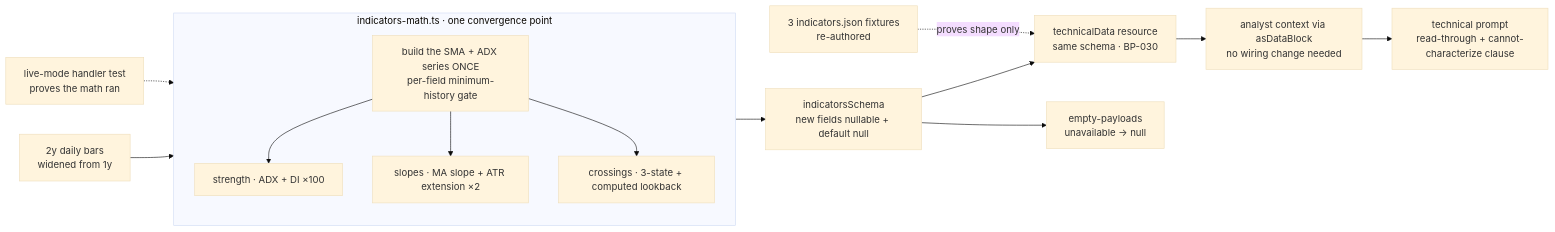
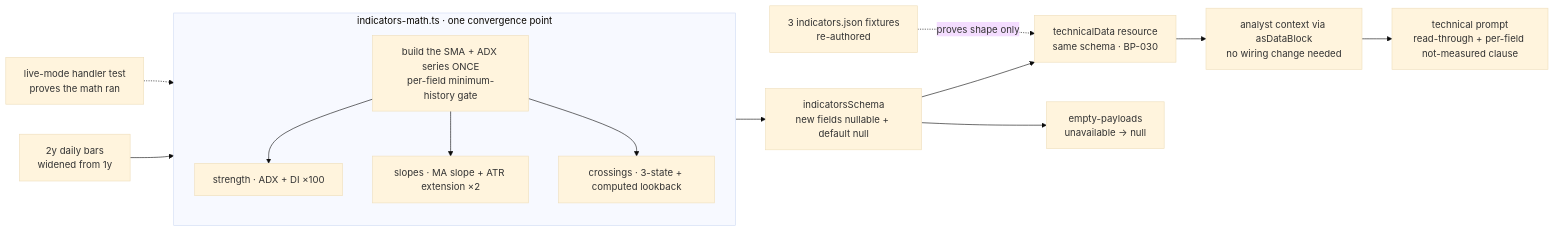
The diagram in spec/FIX-826.md (fixpoint-labs/flow-state-dev), drawn with Mermaid (base theme) before and after one commit. The commit also changed other lines of this file, not shown here.

````diff
--- a/spec/FIX-826.md
+++ b/spec/FIX-826.md
@@ -333,19 +379,19 @@
 ```mermaid
 flowchart LR
   BARS[2y daily bars<br/>widened from 1y] --> MATH
   subgraph MATH[indicators-math.ts · one convergence point]
     SER[build the SMA + ADX series ONCE<br/>per-field minimum-history gate]
     ADX[strength · ADX + DI ×100]
     SLOPE[slopes · MA slope + ATR extension ×2]
     XOVER[crossings · 3-state + computed lookback]
     SER --> ADX & SLOPE & XOVER
   end
   MATH --> SCHEMA[indicatorsSchema<br/>new fields nullable + default null]
   SCHEMA --> SPINE[technicalData resource<br/>same schema · BP-030]
   SCHEMA --> EMPTY[empty-payloads<br/>unavailable → null]
   SPINE --> CTX[analyst context via asDataBlock<br/>no wiring change needed]
-  CTX --> PROMPT[technical prompt<br/>read-through + cannot-characterize clause]
+  CTX --> PROMPT[technical prompt<br/>read-through + per-field not-measured clause]
   FIX[3 indicators.json fixtures<br/>re-authored]
   FIX -.->|proves shape only| SPINE
   LIVE[live-mode handler test<br/>proves the math ran] -.-> MATH
 ```
````
